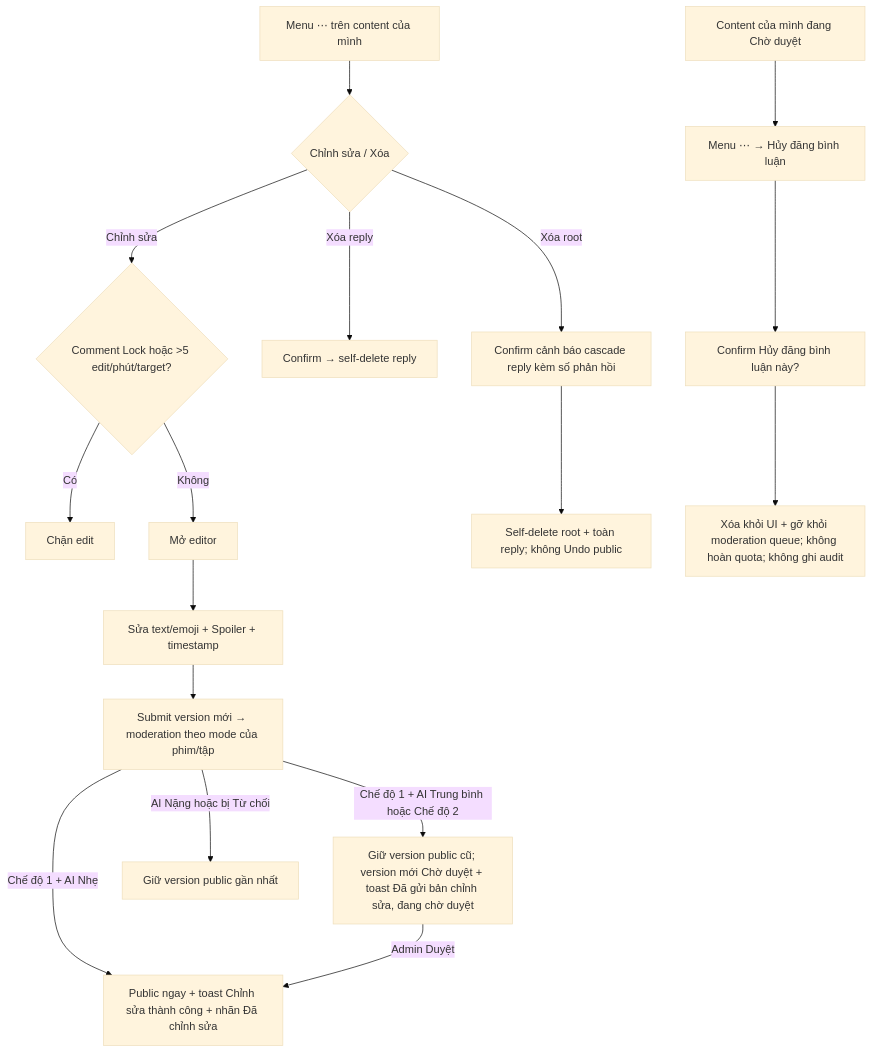
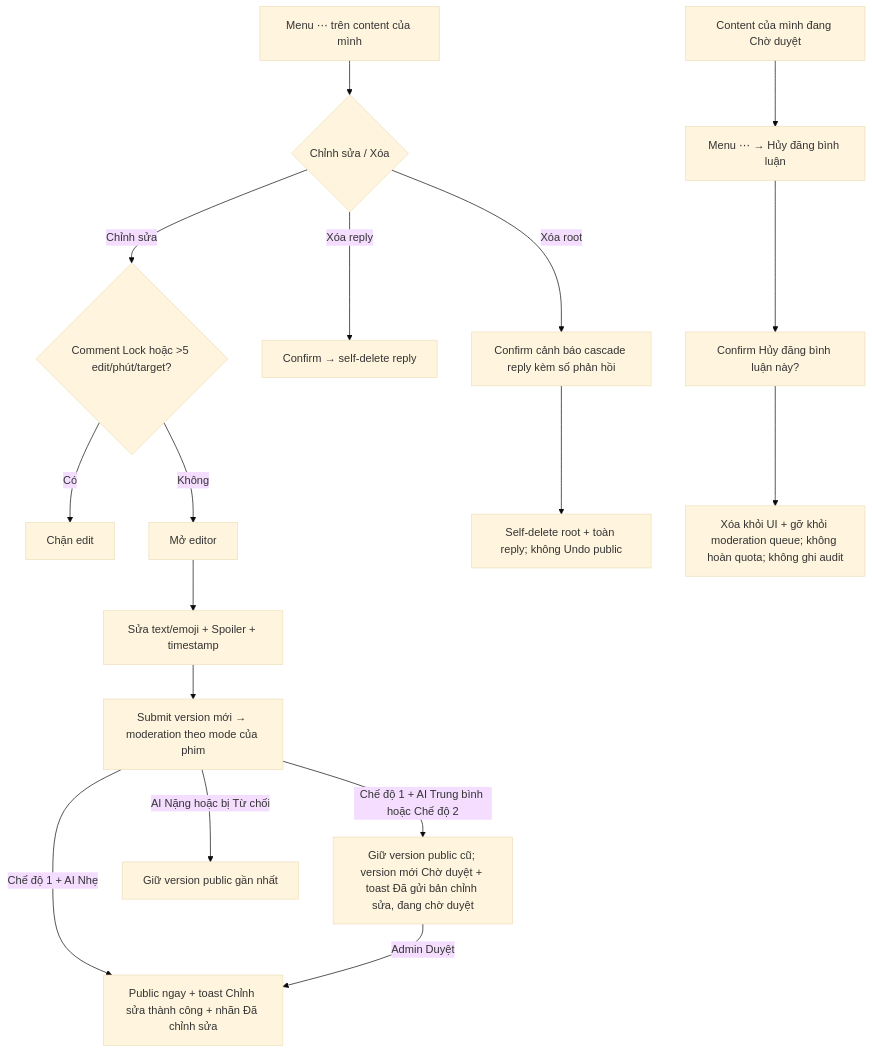
The diagram in EP01_TRAI_NGHIEM_BINH_LUAN_VA_DANH_GIA/US05_USER_FLOW.md (tannguyenho/MyTV-Comment), drawn with Mermaid (base theme) before and after one commit. The commit also changed other lines of this file and 114 other files, not shown here.

````diff
--- a/EP01_TRAI_NGHIEM_BINH_LUAN_VA_DANH_GIA/US05_USER_FLOW.md
+++ b/EP01_TRAI_NGHIEM_BINH_LUAN_VA_DANH_GIA/US05_USER_FLOW.md
@@ -7,19 +7,19 @@
 ```mermaid
 flowchart TD
  A[Menu ⋯ trên content của mình] --> B{Chỉnh sửa / Xóa}
  B -->|Chỉnh sửa| C{Comment Lock hoặc >5 edit/phút/target?}
  C -->|Có| D[Chặn edit]
  C -->|Không| E[Mở editor]
  E --> F[Sửa text/emoji + Spoiler + timestamp]
- F --> G[Submit version mới → moderation theo mode của phim/tập]
+ F --> G[Submit version mới → moderation theo mode của phim]
  G -->|Chế độ 1 + AI Nhẹ| I[Public ngay + toast Chỉnh sửa thành công + nhãn Đã chỉnh sửa]
  G -->|Chế độ 1 + AI Trung bình hoặc Chế độ 2| H[Giữ version public cũ; version mới Chờ duyệt + toast Đã gửi bản chỉnh sửa, đang chờ duyệt]
  G -->|AI Nặng hoặc bị Từ chối| J[Giữ version public gần nhất]
  H -->|Admin Duyệt| I
  B -->|Xóa reply| K[Confirm → self-delete reply]
  B -->|Xóa root| L[Confirm cảnh báo cascade reply kèm số phản hồi]
  L --> M[Self-delete root + toàn reply; không Undo public]
  N[Content của mình đang Chờ duyệt] --> O[Menu ⋯ → Hủy đăng bình luận]
  O --> P[Confirm Hủy đăng bình luận này?]
  P --> Q[Xóa khỏi UI + gỡ khỏi moderation queue; không hoàn quota; không ghi audit]
 ```
````
